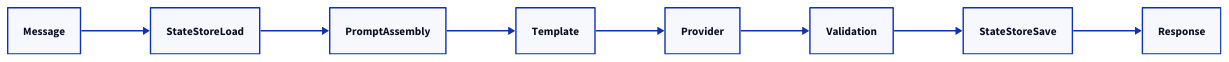
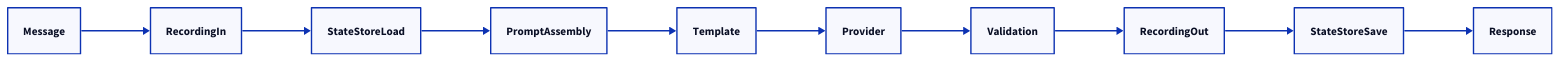
Before and after one commit to AltairaLabs/PromptKit: the second of 4 diagrams in docs/src/content/docs/runtime/explanation/pipeline-architecture.md, drawn with D2. The commit also changed other lines of this file and 8 other files, not shown here.

First line of the commit message:
docs: add event architecture, evals framework, and Excalidraw MCP

````diff
--- a/docs/src/content/docs/runtime/explanation/pipeline-architecture.md
+++ b/docs/src/content/docs/runtime/explanation/pipeline-architecture.md
@@ -175,4 +176,4 @@
 ```d2
 direction: right
-Message -> StateStoreLoad -> PromptAssembly -> Template -> Provider -> Validation -> StateStoreSave -> Response
+Message -> RecordingIn -> StateStoreLoad -> PromptAssembly -> Template -> Provider -> Validation -> RecordingOut -> StateStoreSave -> Response
 ```
````
